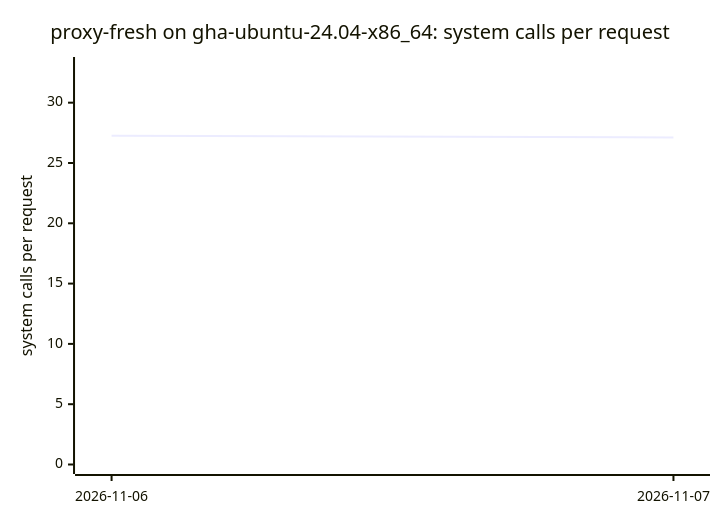
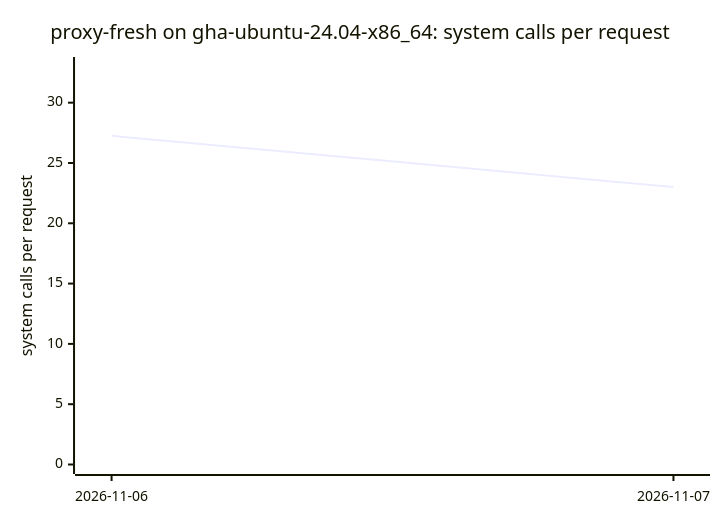
Before and after one commit to ThePixelPilgrim/durchlauferhitzer: diagram 13 of 16 in BENCHMARKS.md, drawn with Mermaid. The commit also changed other lines of this file and 1 other file, not shown here.

````diff
--- a/BENCHMARKS.md
+++ b/BENCHMARKS.md
@@ -136,7 +147,7 @@
 ```mermaid
 xychart-beta
   title "proxy-fresh on gha-ubuntu-24.04-x86_64: system calls per request"
   x-axis ["2026-11-06", "2026-11-07"]
   y-axis "system calls per request" 0 --> 33
-  line [27.25, 27.12]
+  line [27.25, 23.00]
 ```
````
